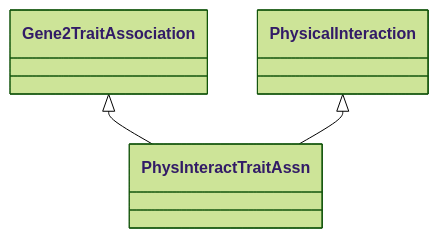
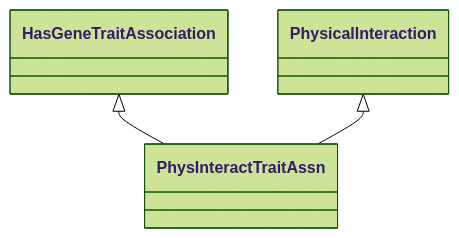
Before and after one commit to KnetMiner/knetminer-schemas: the diagram in semantic-motif-taxonomy/knet-motif-categories-doc/PhysInteractTraitAssn.md, drawn with Mermaid (forest theme). The commit also changed other lines of this file and 59 other files, not shown here.

````diff
--- a/semantic-motif-taxonomy/knet-motif-categories-doc/PhysInteractTraitAssn.md
+++ b/semantic-motif-taxonomy/knet-motif-categories-doc/PhysInteractTraitAssn.md
@@ -21,11 +21,11 @@
 ```mermaid
  classDiagram
     class PhysInteractTraitAssn
     click PhysInteractTraitAssn href "../PhysInteractTraitAssn"
-      Gene2TraitAssociation <|-- PhysInteractTraitAssn
-        click Gene2TraitAssociation href "../Gene2TraitAssociation"
+      HasGeneTraitAssociation <|-- PhysInteractTraitAssn
+        click HasGeneTraitAssociation href "../HasGeneTraitAssociation"
       PhysicalInteraction <|-- PhysInteractTraitAssn
         click PhysicalInteraction href "../PhysicalInteraction"
       
       
 ```
````
